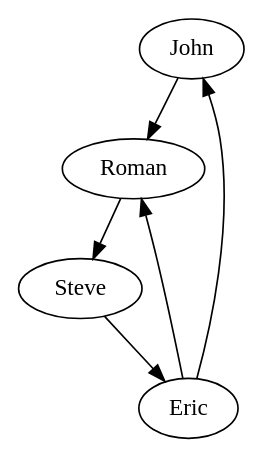
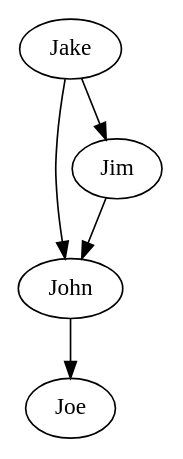
Before and after one commit to jdriselvato/Senior-iOS-Interview-Prep: the diagram in {ik} UpLevel/Week 4/Graphviz Examples/example2.dot, drawn with Graphviz. The commit also changed 6 other files, not shown here.

```diff
--- a/{ik} UpLevel/Week 4/Graphviz Examples/example2.dot
+++ b/{ik} UpLevel/Week 4/Graphviz Examples/example2.dot
@@ -1,7 +1,6 @@
 digraph {
-	John -> Roman;
-	Roman -> Steve;
-	Steve -> Eric;
-	Eric -> Roman;
-	Eric -> John;
+	John -> Joe;
+	Jake -> Jim;
+	Jim -> John;
+	Jake-> John;
 }
```
